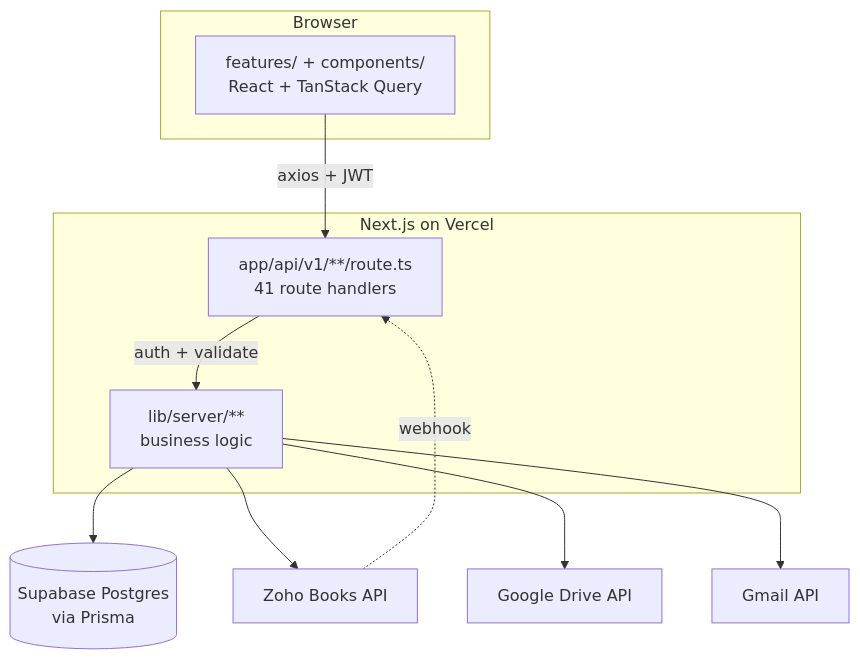
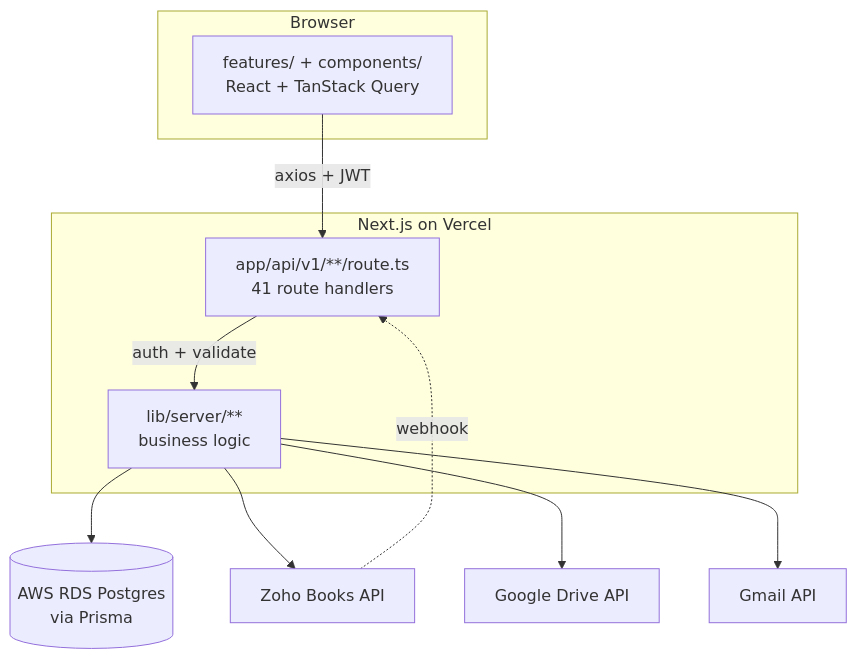
One commit to keystone-commerce/keystone-vendor-dash-next changed the first of 3 diagrams in docs/PRD.md. Above: the diagram before and after it, drawn with Mermaid. The commit also changed other lines of this file and 22 other files, not shown here.

````diff
--- a/docs/PRD.md
+++ b/docs/PRD.md
@@ -100,22 +100,22 @@
 ```mermaid
 flowchart TD
     subgraph Browser
         A["features/ + components/<br/>React + TanStack Query"]
     end
     subgraph Vercel["Next.js on Vercel"]
         B["app/api/v1/**/route.ts<br/>41 route handlers"]
         C["lib/server/**<br/>business logic"]
     end
-    D[("Supabase Postgres<br/>via Prisma")]
+    D[("AWS RDS Postgres<br/>via Prisma")]
     E["Zoho Books API"]
     F["Google Drive API"]
     G["Gmail API"]
 
     A -->|axios + JWT| B
     B -->|auth + validate| C
     C --> D
     C --> E
     C --> F
     C --> G
     E -.->|webhook| B
 ```
````
